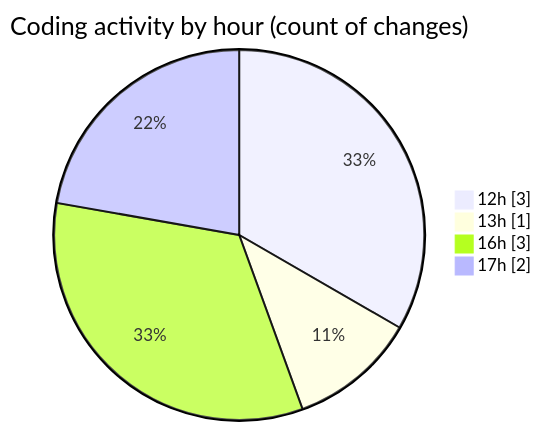
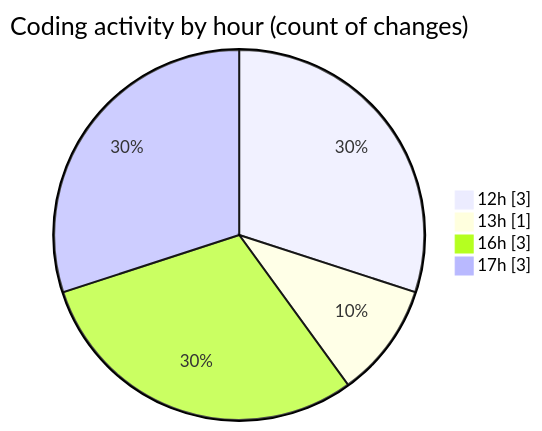
One commit to ricardozamudiocil/code-tracking changed the second of 2 diagrams in 2026-06-10/cilapp/README.md. Above: the diagram before and after it, drawn with Mermaid. The commit also changed other lines of this file and 1 other file, not shown here.

````diff
--- a/2026-06-10/cilapp/README.md
+++ b/2026-06-10/cilapp/README.md
@@ -34,8 +35,8 @@
 ```mermaid
 pie showData
 title Coding activity by hour (count of changes)
 "12h" : 3
 "13h" : 1
 "16h" : 3
-"17h" : 2
+"17h" : 3
 ```
````
